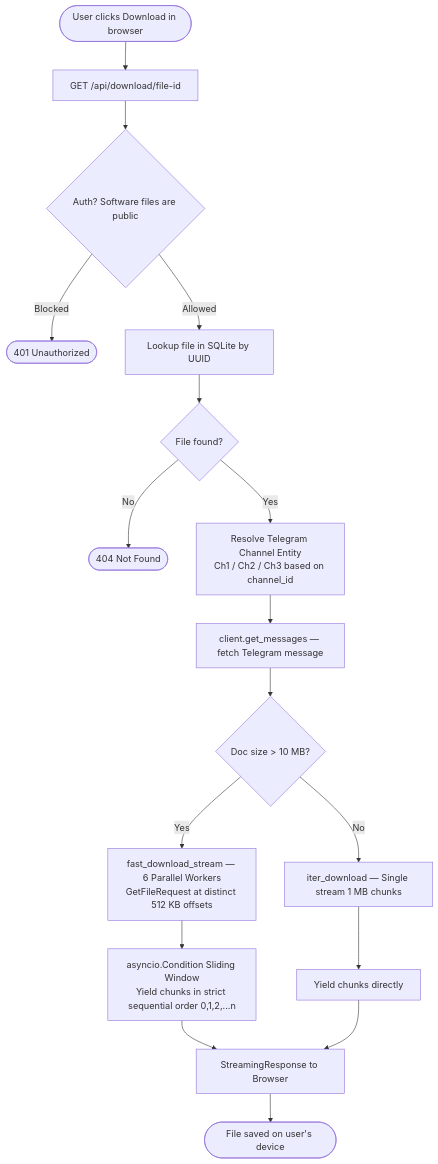
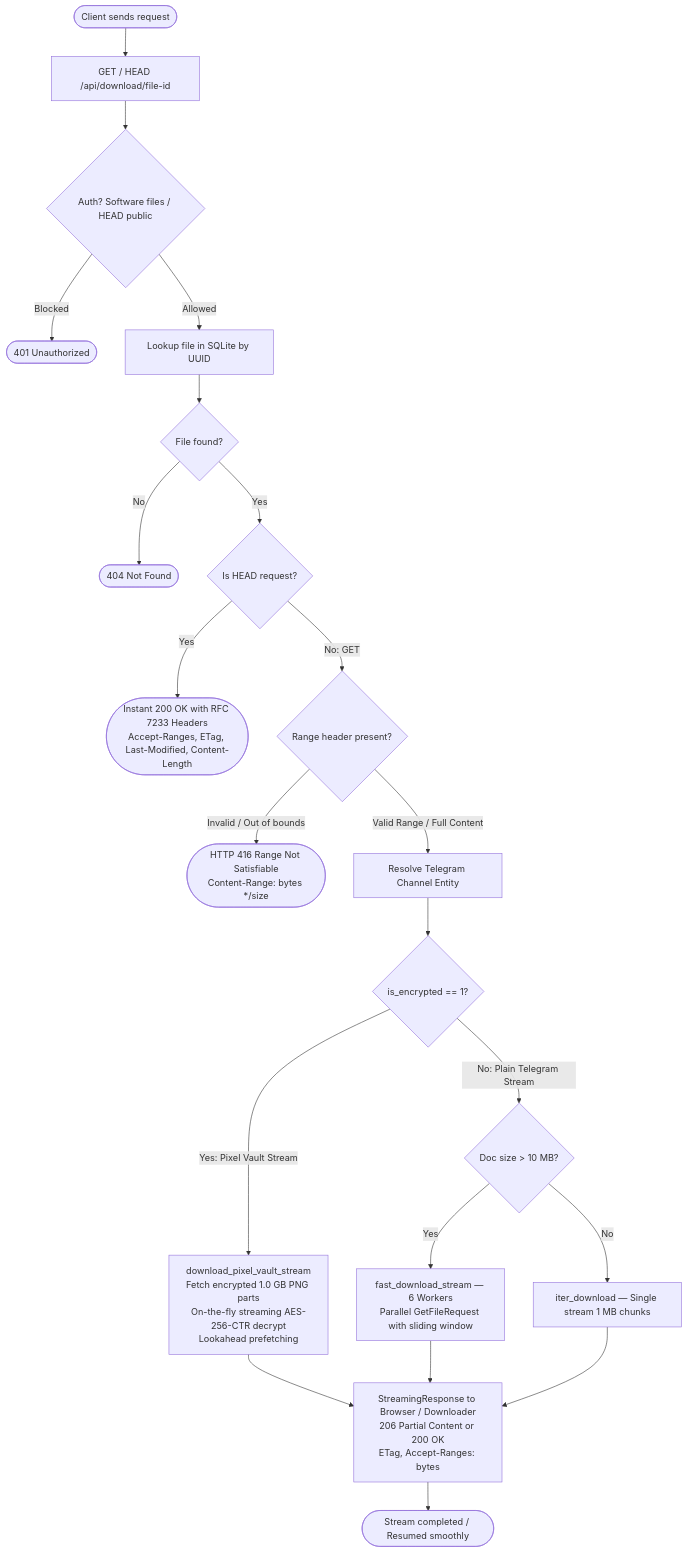
The fourth of 7 diagrams in architecture-scanner/1_flow_diagram.md (120198subham/telegram-cloud-drive), drawn with Mermaid before and after one commit. The commit also changed other lines of this file and 12 other files, not shown here.

````diff
--- a/architecture-scanner/1_flow_diagram.md
+++ b/architecture-scanner/1_flow_diagram.md
@@ -213,19 +235,23 @@
 ```mermaid
 flowchart TD
-    A([User clicks Download in browser]) --> B[GET /api/download/file-id]
-    B --> C{Auth? Software files are public}
+    A([Client sends request]) --> B[GET / HEAD /api/download/file-id]
+    B --> C{Auth? Software files / HEAD public}
     C -->|Blocked| Z([401 Unauthorized])
     C -->|Allowed| D[Lookup file in SQLite by UUID]
     D --> E{File found?}
     E -->|No| F([404 Not Found])
-    E -->|Yes| G[Resolve Telegram Channel Entity\nCh1 / Ch2 / Ch3 based on channel_id]
-    G --> H[client.get_messages — fetch Telegram message]
-    H --> I{Doc size > 10 MB?}
-    I -->|Yes| J[fast_download_stream — 6 Parallel Workers\nGetFileRequest at distinct 512 KB offsets]
-    I -->|No| K[iter_download — Single stream 1 MB chunks]
-    J --> L[asyncio.Condition Sliding Window\nYield chunks in strict sequential order 0,1,2,...n]
-    K --> M[Yield chunks directly]
-    L --> N[StreamingResponse to Browser]
-    M --> N
-    N --> O([File saved on user's device])
+    E -->|Yes| H_CHECK{Is HEAD request?}
+    H_CHECK -->|Yes| H_RET([Instant 200 OK with RFC 7233 Headers<br/>Accept-Ranges, ETag, Last-Modified, Content-Length])
+    H_CHECK -->|No: GET| RANGE_CHECK{Range header present?}
+    RANGE_CHECK -->|Invalid / Out of bounds| R_416([HTTP 416 Range Not Satisfiable<br/>Content-Range: bytes */size])
+    RANGE_CHECK -->|Valid Range / Full Content| RESOLVE[Resolve Telegram Channel Entity]
+    RESOLVE --> ENC_CHECK{is_encrypted == 1?}
+    ENC_CHECK -->|Yes: Pixel Vault Stream| PV_DL[download_pixel_vault_stream<br/>Fetch encrypted 1.0 GB PNG parts<br/>On-the-fly streaming AES-256-CTR decrypt<br/>Lookahead prefetching]
+    ENC_CHECK -->|No: Plain Telegram Stream| SIZE_CHECK{Doc size > 10 MB?}
+    SIZE_CHECK -->|Yes| FAST_DL[fast_download_stream — 6 Workers<br/>Parallel GetFileRequest with sliding window]
+    SIZE_CHECK -->|No| ITER_DL[iter_download — Single stream 1 MB chunks]
+    PV_DL --> STREAM[StreamingResponse to Browser / Downloader<br/>206 Partial Content or 200 OK<br/>ETag, Accept-Ranges: bytes]
+    FAST_DL --> STREAM
+    ITER_DL --> STREAM
+    STREAM --> O([Stream completed / Resumed smoothly])
 ```
````
